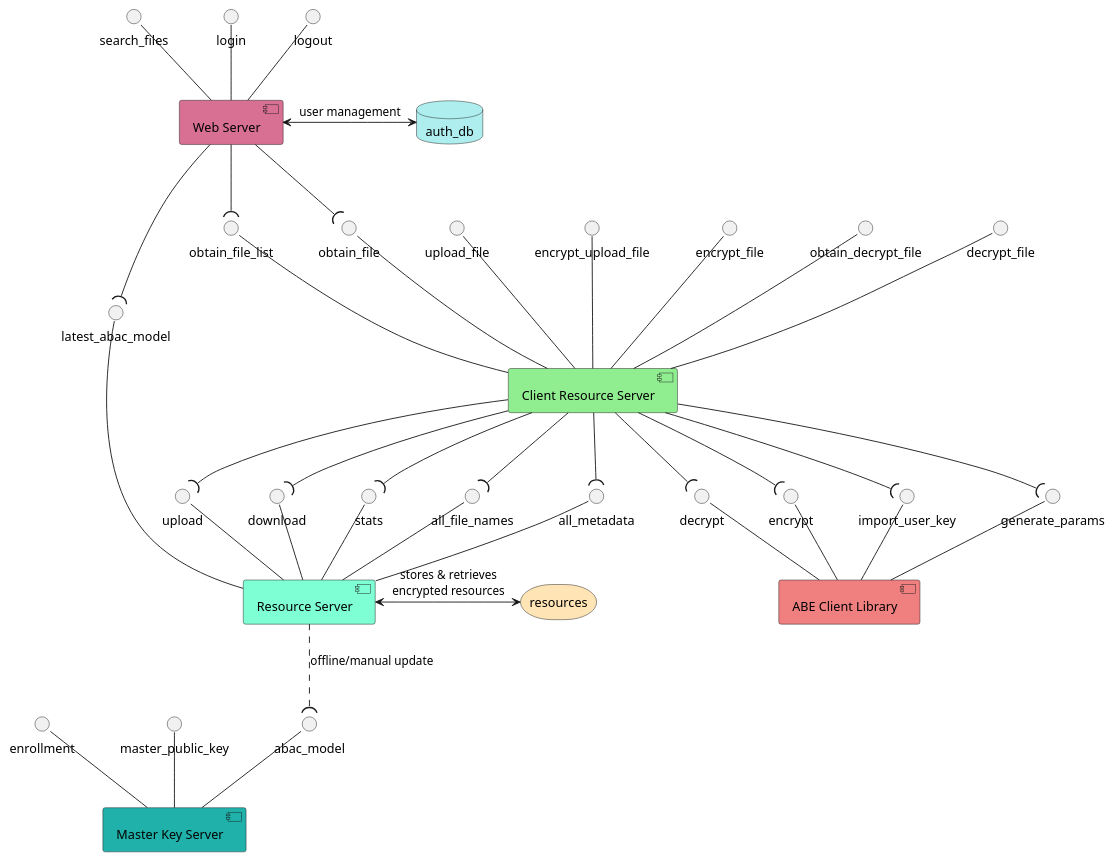
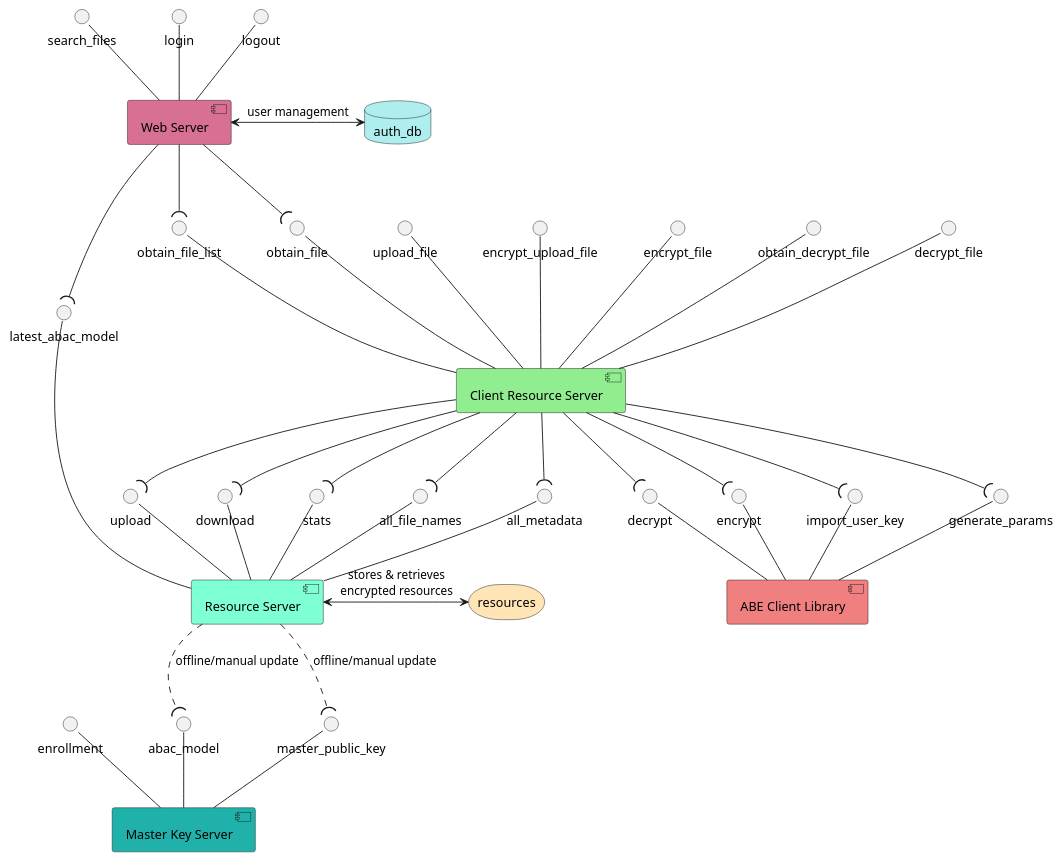
The diagram in diagrams/infrastructure/system_architecture.plantuml (2190594W/l4-project-research), drawn with PlantUML before and after one commit. The commit also changed 2 other files, not shown here.

Commit message:
Updated infrastructure diagram to show offline updates of master public key.

```diff
--- a/diagrams/infrastructure/system_architecture.plantuml
+++ b/diagrams/infrastructure/system_architecture.plantuml
@@ -1,61 +1,62 @@
 @startuml
 'define deployment entities
 database auth_db #PaleTurquoise
 storage resources #Moccasin
 
 'define components
 component [Resource Server] as rs #Aquamarine
 component [Web Server] as ws #PaleVioletRed
 component [Master Key Server] as mks #LightSeaGreen
 component [Client Resource Server] as crs #LightGreen
 component [ABE Client Library] as abecl #LightCoral
 
 'define links to deployment entities
 rs <-right-> resources: "stores & retrieves\nencrypted resources"
 ws <-right-> auth_db: "user management"
 
 'define interfaces for mks, rs & abecl
 abac_model -- mks
 enrollment -- mks
 master_public_key -- mks
 upload -- rs
 download -- rs
 stats -- rs
 all_file_names -- rs
 all_metadata -- rs
 latest_abac_model -- rs
 decrypt -- abecl
 encrypt -- abecl
 import_user_key -- abecl
 generate_params -- abecl
 
 'define use of interfaces for crs & rs
 crs -down-( upload
 crs -down-( download
 crs -down-( stats
 crs -down-( all_file_names
 crs -down-( all_metadata
 crs -down-( decrypt
 crs -down-( encrypt
 crs -down-( import_user_key
 crs -down-( generate_params
 rs ..( abac_model: "offline/manual update"
+rs ..( master_public_key: "offline/manual update"
 
 'define interfaces for crs & ws
 obtain_file_list -- crs
 upload_file -- crs
 encrypt_upload_file -- crs
 encrypt_file -- crs
 obtain_file -- crs
 obtain_decrypt_file -- crs
 decrypt_file -- crs
 search_files -- ws
 login -- ws
 logout -- ws
 
 'define web server interface use
 ws -down-( obtain_file_list
 ws -down-( obtain_file
 ws -down-( latest_abac_model
 
 @enduml
```
